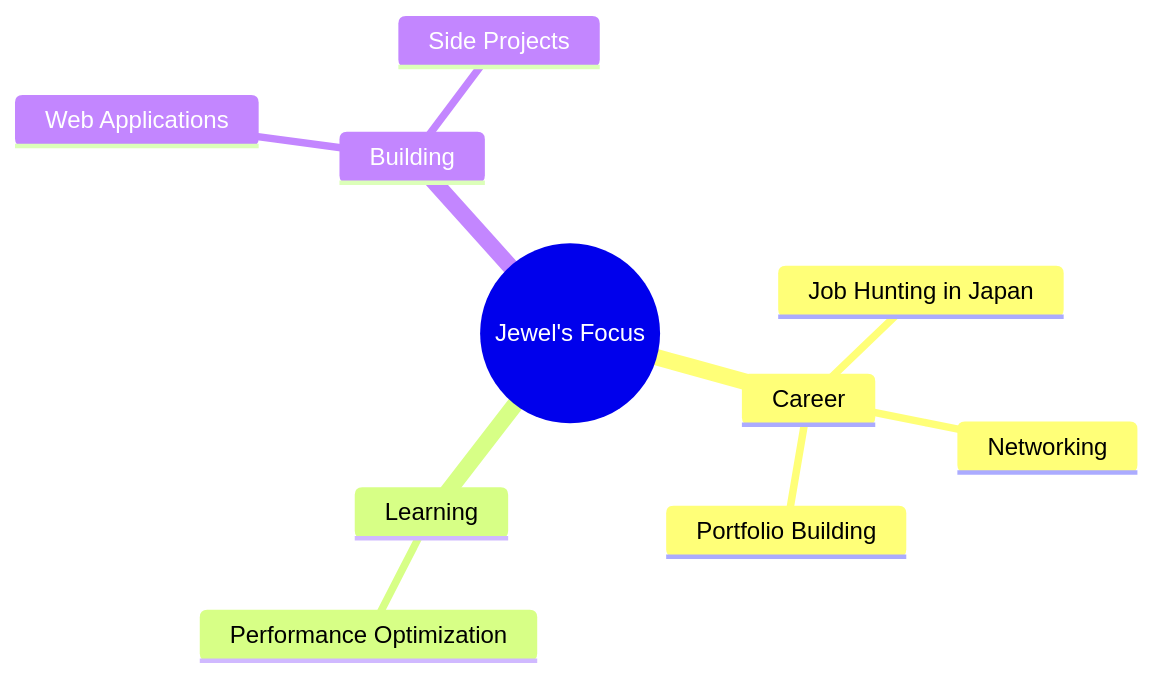
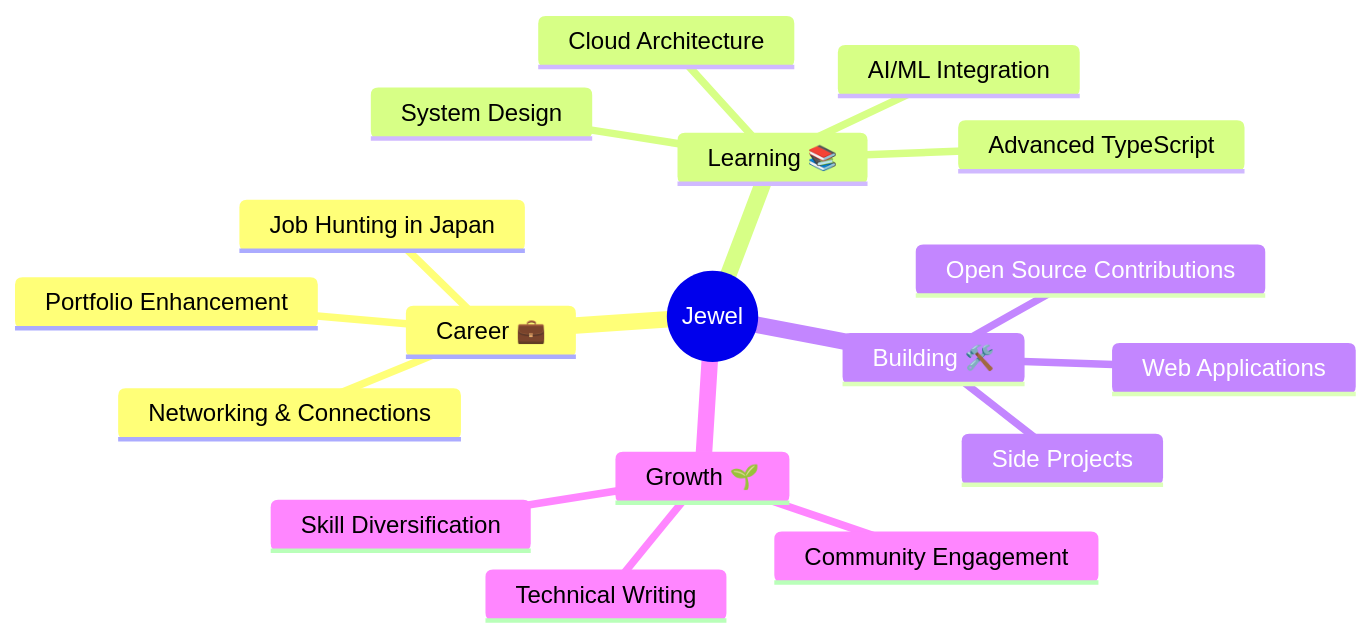
The diagram in README.md (Sahajewel/Sahajewel), drawn with Mermaid before and after one commit. The commit also changed other lines of this file, not shown here.

````diff
--- a/README.md
+++ b/README.md
@@ -48,16 +265,21 @@
 ```mermaid
 mindmap
-  root((Jewel's Focus))
-    Career
+  root((Jewel))
+    Career 💼
       Job Hunting in Japan
-      Networking
-      Portfolio Building
-    Learning
-     
-    
-      Performance Optimization
-    Building
+      Networking & Connections
+      Portfolio Enhancement
+    Learning 📚
+      AI/ML Integration
+      Advanced TypeScript
+      System Design
+      Cloud Architecture
+    Building 🛠️
       Web Applications
-    
+      Open Source Contributions
       Side Projects
+    Growth 🌱
+      Technical Writing
+      Community Engagement
+      Skill Diversification
 ```
````
